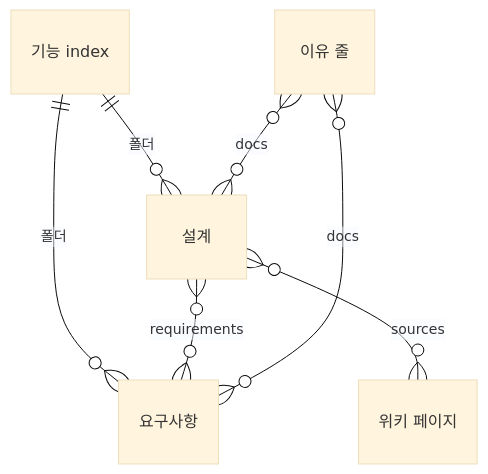
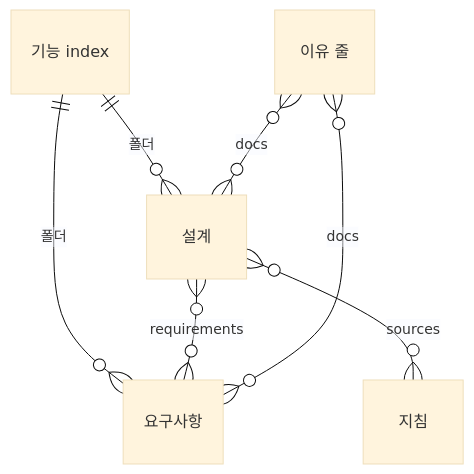
Before and after one commit to dev-goraebap/gitifact: the first of 3 diagrams in .gitifact/spec/specification/design/overview.md, drawn with Mermaid (base theme). The commit also changed other lines of this file and 78 other files, not shown here.

````diff
--- a/.gitifact/spec/specification/design/overview.md
+++ b/.gitifact/spec/specification/design/overview.md
@@ -36,14 +36,14 @@
 ```mermaid
 erDiagram
   FEATURE["기능 index"]
   REQUIREMENT["요구사항"]
   DESIGN["설계"]
-  WIKI["위키 페이지"]
+  INSTRUCTION["지침"]
   REASON["이유 줄"]
   FEATURE ||--o{ REQUIREMENT : "폴더"
   FEATURE ||--o{ DESIGN : "폴더"
   DESIGN }o--o{ REQUIREMENT : "requirements"
-  DESIGN }o--o{ WIKI : "sources"
+  DESIGN }o--o{ INSTRUCTION : "sources"
   REASON }o--o{ REQUIREMENT : "docs"
   REASON }o--o{ DESIGN : "docs"
 ```
````
